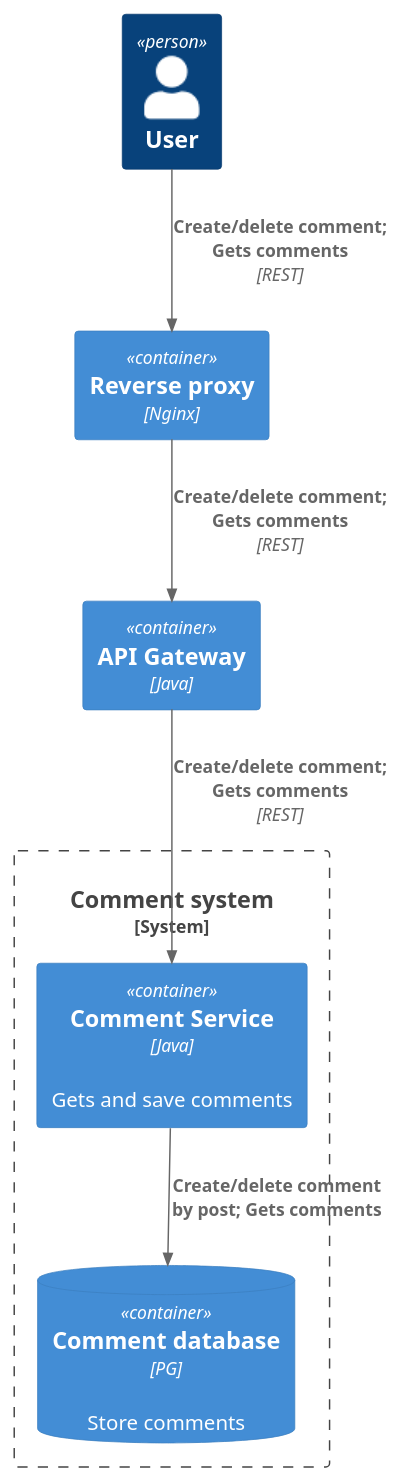
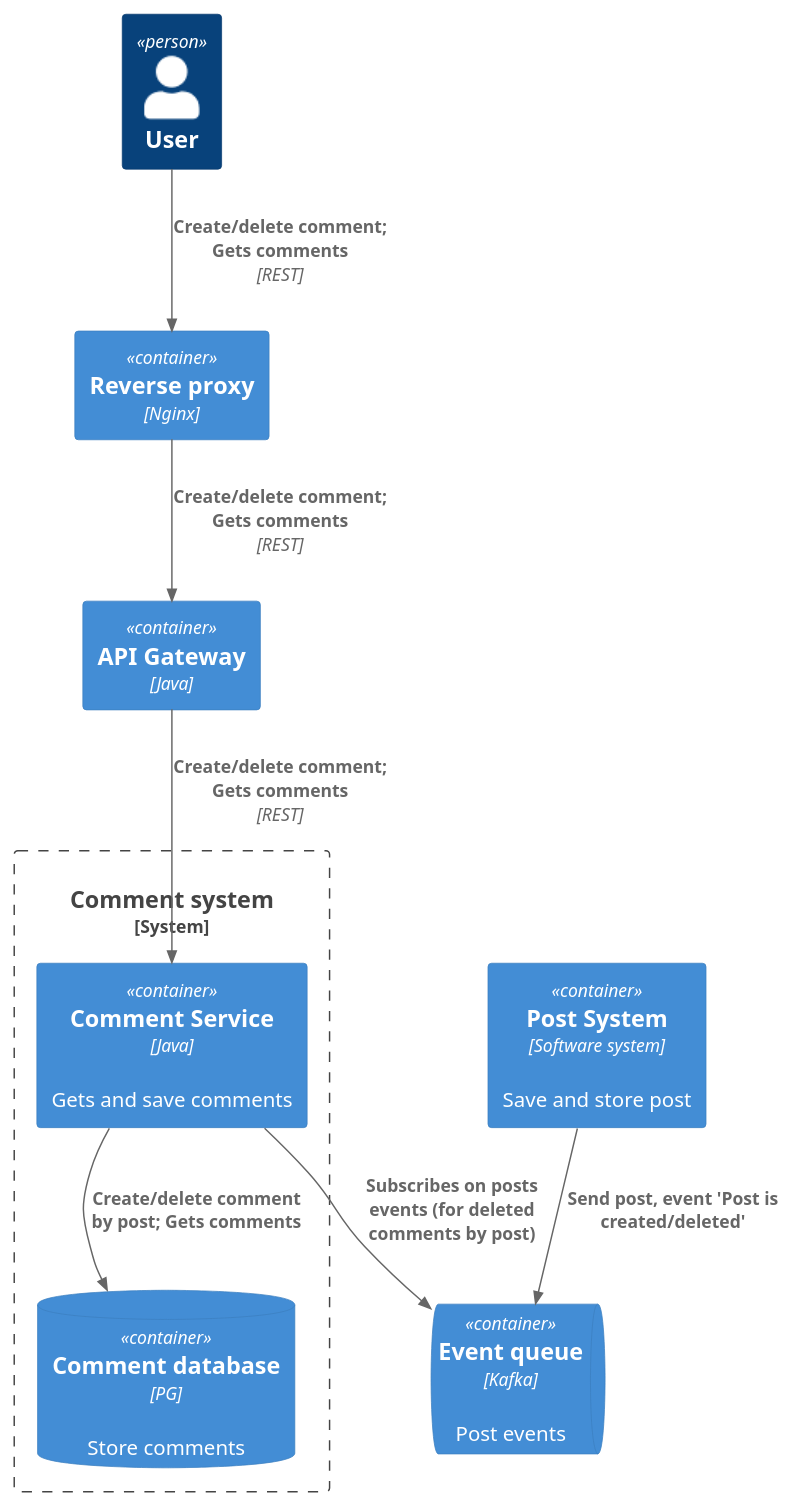
One commit to K0ncsss/-social_network_system_design changed the diagram in architecture/comment_system/container.puml. Above: the diagram before and after it, drawn with PlantUML. The commit also changed 4 other files, not shown here.

Commit message:
Добавила прослушивание очереди событий создания\удаления постов comment-service для удаления комментариев удаленного поста

```diff
--- a/architecture/comment_system/container.puml
+++ b/architecture/comment_system/container.puml
@@ -1,20 +1,24 @@
 @startuml
 !include https://raw.githubusercontent.com/plantuml-stdlib/C4-PlantUML/master/C4_Container.puml
 
 Person(user, "User")
 Container(LB, "Reverse proxy", "Nginx", "")
 Container(api, "API Gateway", "Java")
 Container(api, "API Gateway", "Java")
-
+Container(PostSystem, "Post System", "Software system", "Save and store post")
+ContainerQueue(EventQ, "Event queue", "Kafka", "Post events")
 
 System_Boundary(CommentSystem, "Comment system") {
 Container(CommentService, "Comment Service", "Java", "Gets and save comments")
 ContainerDb(CommentDb, "Comment database", "PG", "Store comments")
 }
 
 
 Rel(user, LB, "Create/delete comment; Gets comments", "REST")
 Rel(LB, api, "Create/delete comment; Gets comments", "REST")
 Rel(api, CommentService, "Create/delete comment; Gets comments", "REST")
 Rel(CommentService, CommentDb, "Create/delete comment by post; Gets comments")
+Rel(PostSystem, EventQ, "Send post, event 'Post is created/deleted'")
+Rel(CommentService, EventQ, "Subscribes on posts events (for deleted comments by post)")
+
 @enduml
```
